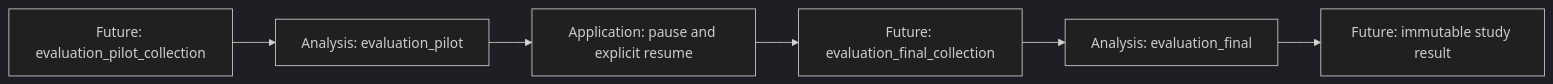
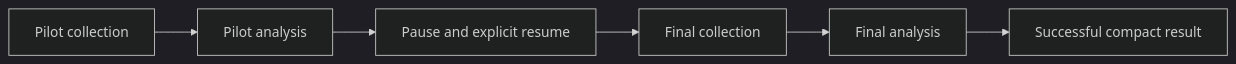
The second of 3 diagrams in docs/design/evaluation-study-pipeline.md (michalo1334/master_thesis), drawn with Mermaid (dark theme) before and after one commit. The commit also changed other lines of this file and 10 other files, not shown here.

Commit message:
feat(evaluation): add study revision boundary

````diff
--- a/docs/design/evaluation-study-pipeline.md
+++ b/docs/design/evaluation-study-pipeline.md
@@ -100,8 +116,8 @@
 ```mermaid
 flowchart LR
-    PC["Future: evaluation_pilot_collection"] --> PA["Analysis: evaluation_pilot"]
-    PA --> GATE["Application: pause and explicit resume"]
-    GATE --> FC["Future: evaluation_final_collection"]
-    FC --> FA["Analysis: evaluation_final"]
-    FA --> RESULT["Future: immutable study result"]
+    PC["Pilot collection"] --> PA["Pilot analysis"]
+    PA --> GATE["Pause and explicit resume"]
+    GATE --> FC["Final collection"]
+    FC --> FA["Final analysis"]
+    FA --> RESULT["Successful compact result"]
 ```
````
